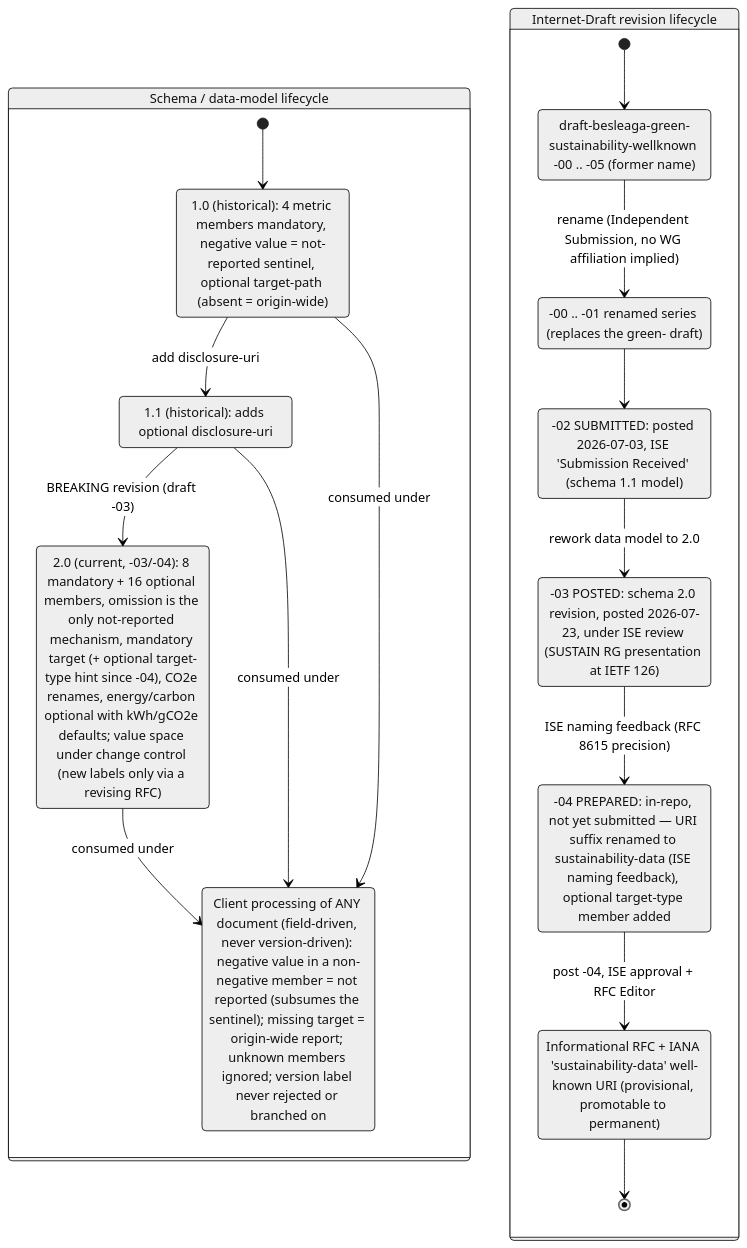
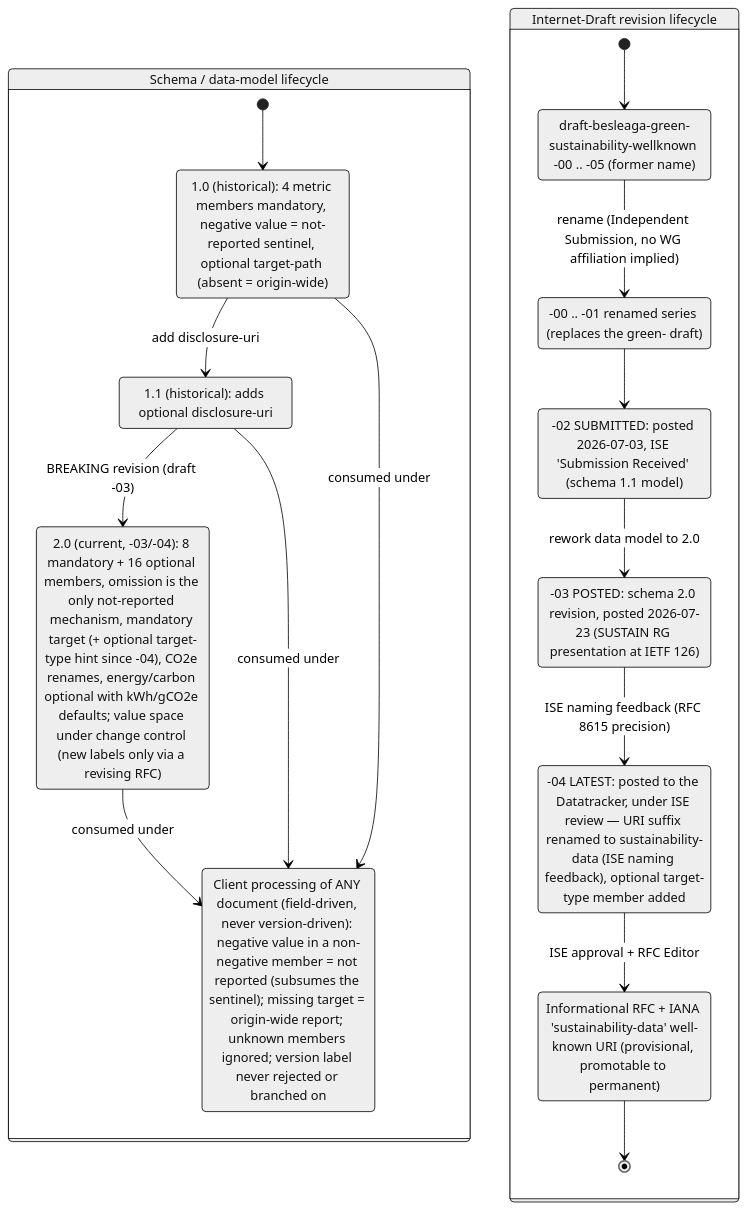
Before and after one commit to andreibesleaga/rfc-sustainability-wellknown: the fifth of 10 diagrams in architecture/README.md, drawn with Mermaid (neutral theme). The commit also changed other lines of this file and 42 other files, not shown here.

Commit message:
sustainability-data - URI rename and Draft polishing

````diff
--- a/architecture/README.md
+++ b/architecture/README.md
@@ -404,33 +404,33 @@
 ```mermaid
 stateDiagram-v2
     state "Schema / data-model lifecycle" as SCHEMA {
         state "1.0 (historical): 4 metric members mandatory, negative value = not-reported sentinel, optional target-path (absent = origin-wide)" as V10
         state "1.1 (historical): adds optional disclosure-uri" as V11
         state "2.0 (current, -03/-04): 8 mandatory + 16 optional members, omission is the only not-reported mechanism, mandatory target (+ optional target-type hint since -04), CO2e renames, energy/carbon optional with kWh/gCO2e defaults; value space under change control (new labels only via a revising RFC)" as V20
         state "Client processing of ANY document (field-driven, never version-driven): negative value in a non-negative member = not reported (subsumes the sentinel); missing target = origin-wide report; unknown members ignored; version label never rejected or branched on" as COMPAT
 
         [*] --> V10
         V10 --> V11 : add disclosure-uri
         V11 --> V20 : BREAKING revision (draft -03)
         V20 --> COMPAT : consumed under
         V11 --> COMPAT : consumed under
         V10 --> COMPAT : consumed under
     }
 
     state "Internet-Draft revision lifecycle" as DRAFT {
         state "draft-besleaga-green-sustainability-wellknown -00 .. -05 (former name)" as GREEN
         state "-00 .. -01 renamed series (replaces the green- draft)" as EARLY
         state "-02 SUBMITTED: posted 2026-07-03, ISE 'Submission Received' (schema 1.1 model)" as SUBMITTED
-        state "-03 POSTED: schema 2.0 revision, posted 2026-07-23, under ISE review (SUSTAIN RG presentation at IETF 126)" as POSTED
-        state "-04 PREPARED: in-repo, not yet submitted — URI suffix renamed to sustainability-data (ISE naming feedback), optional target-type member added" as PREPARED4
+        state "-03 POSTED: schema 2.0 revision, posted 2026-07-23 (SUSTAIN RG presentation at IETF 126)" as POSTED
+        state "-04 LATEST: posted to the Datatracker, under ISE review — URI suffix renamed to sustainability-data (ISE naming feedback), optional target-type member added" as POSTED4
         state "Informational RFC + IANA 'sustainability-data' well-known URI (provisional, promotable to permanent)" as RFC
 
         [*] --> GREEN
         GREEN --> EARLY : rename (Independent Submission, no WG affiliation implied)
         EARLY --> SUBMITTED
         SUBMITTED --> POSTED : rework data model to 2.0
-        POSTED --> PREPARED4 : ISE naming feedback (RFC 8615 precision)
-        PREPARED4 --> RFC : post -04, ISE approval + RFC Editor
+        POSTED --> POSTED4 : ISE naming feedback (RFC 8615 precision)
+        POSTED4 --> RFC : ISE approval + RFC Editor
         RFC --> [*]
     }
 ```
````
